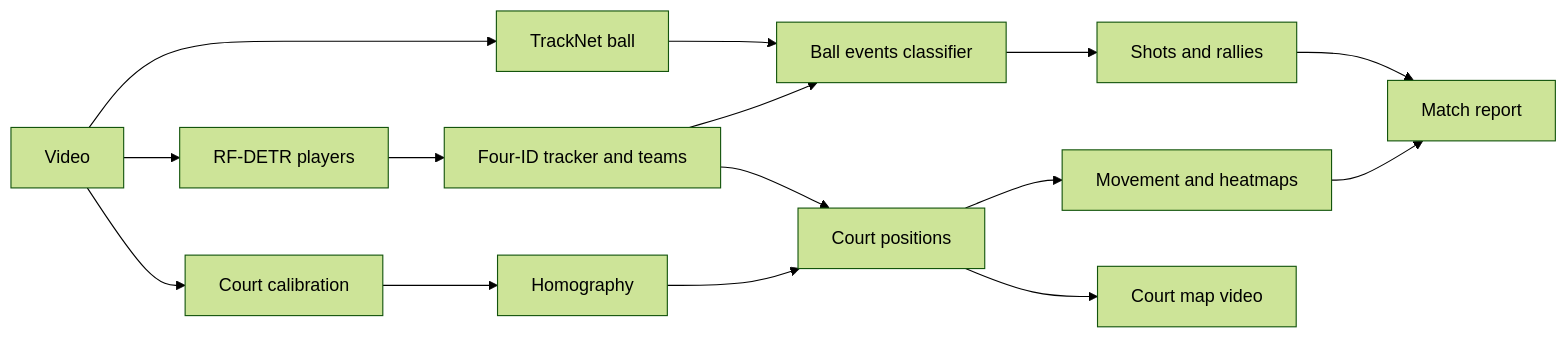
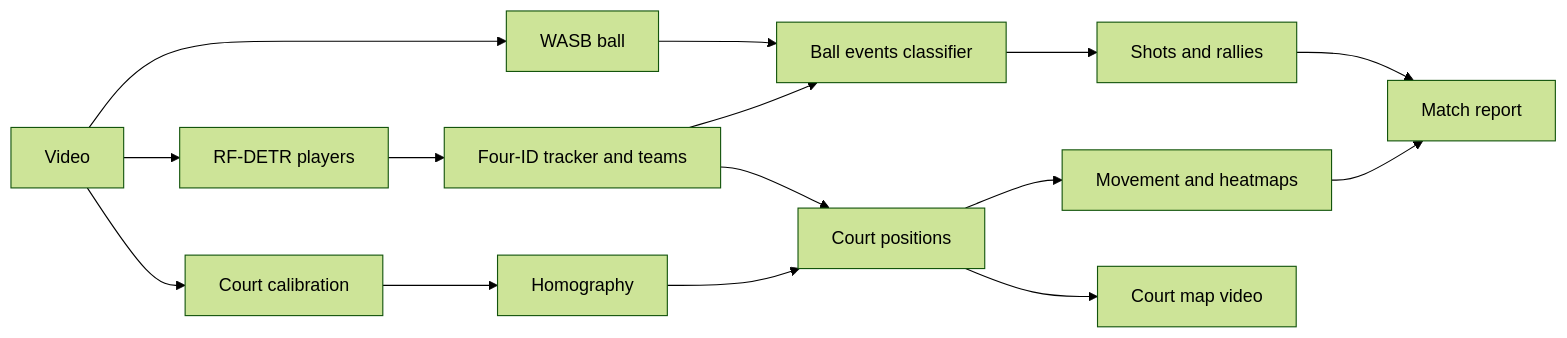
The diagram in README.md (AbdelrahmanAhmed3/courtvision-racket-analytics), drawn with Mermaid (forest theme) before and after one commit. The commit also changed other lines of this file and 12 other files, not shown here.

First line of the commit message:
feat(ball): track the ball with WASB in the app and the pipeline

````diff
--- a/README.md
+++ b/README.md
@@ -128,17 +123,17 @@
 ```mermaid
 flowchart LR
     V[Video] --> PD[RF-DETR players]
-    V --> BT[TrackNet ball]
+    V --> BT[WASB ball]
     PD --> PT[Four-ID tracker and teams]
     V --> C[Court calibration]
     C --> H[Homography]
     PT --> P[Court positions]
     BT --> E[Ball events classifier]
     PT --> E
     H --> P
     E --> S[Shots and rallies]
     P --> M[Movement and heatmaps]
     S --> R[Match report]
     M --> R
     P --> CM[Court map video]
 ```
````
